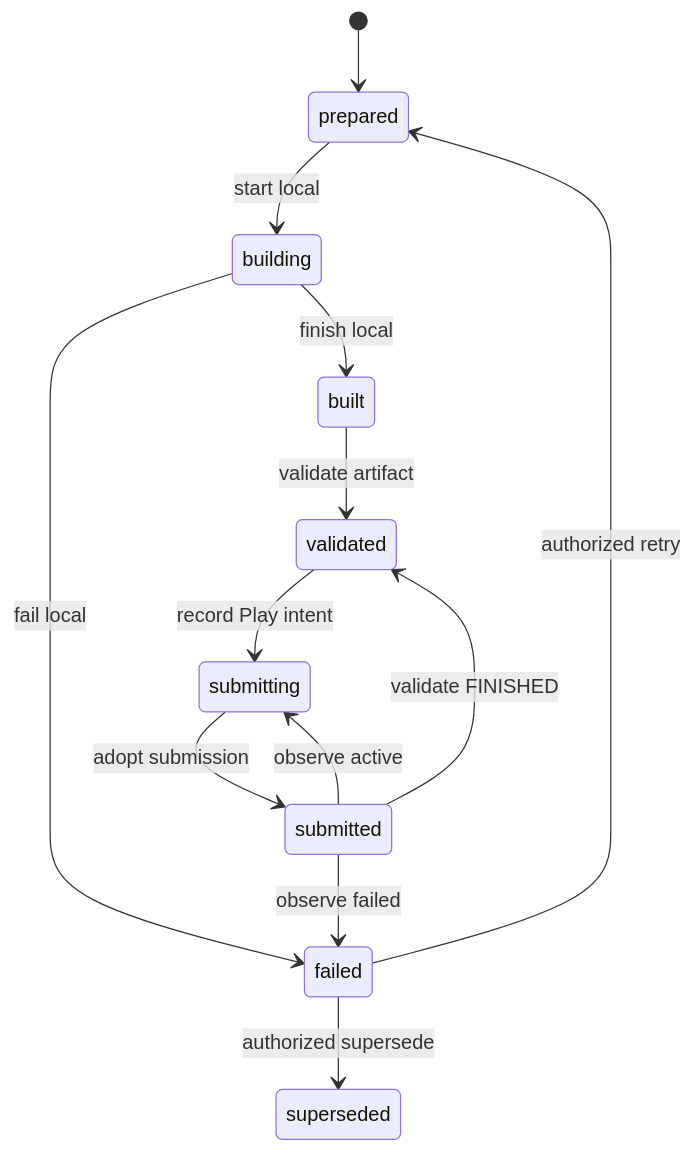
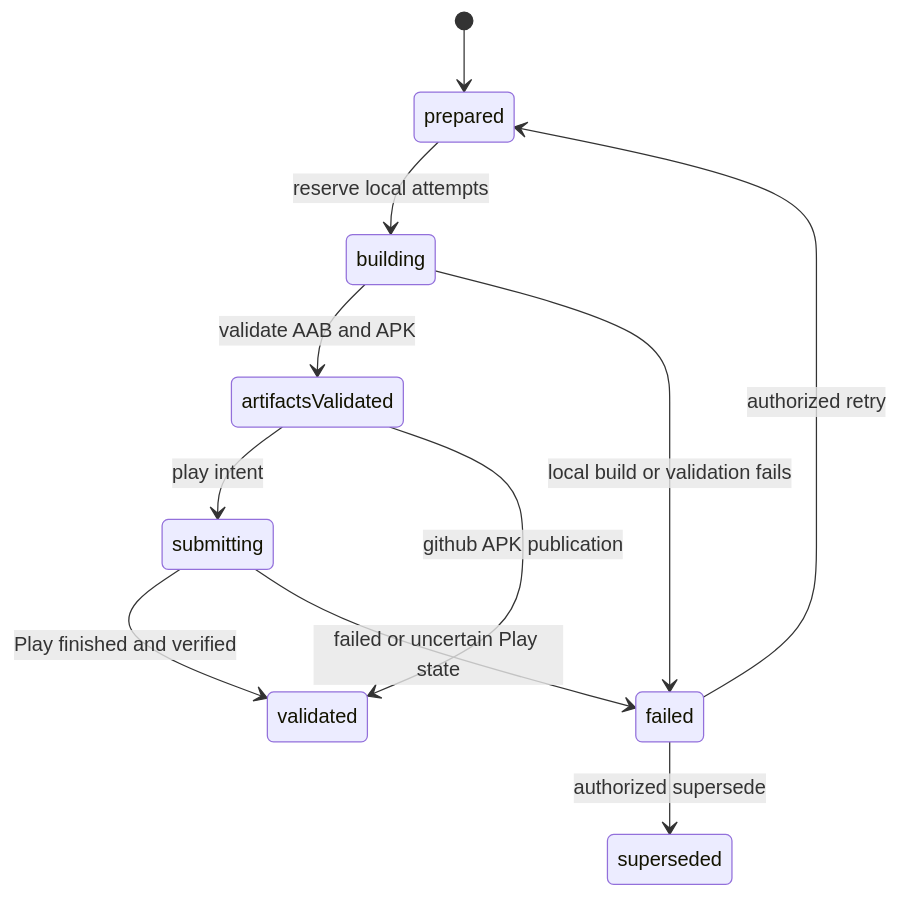
Before and after one commit to maximofn/gymnasia: the third of 3 diagrams in openwiki/integrations/vivagym-and-updates.md, drawn with Mermaid. The commit also changed other lines of this file and 16 other files, not shown here.

````diff
--- a/openwiki/integrations/vivagym-and-updates.md
+++ b/openwiki/integrations/vivagym-and-updates.md
@@ -173,15 +176,13 @@
 ```mermaid
 stateDiagram-v2
     [*] --> prepared
-    prepared --> building: start local
-    building --> built: finish local
-    building --> failed: fail local
-    built --> validated: validate artifact
-    validated --> submitting: record Play intent
-    submitting --> submitted: adopt submission
-    submitted --> submitting: observe active
-    submitted --> failed: observe failed
-    submitted --> validated: validate FINISHED
+    prepared --> building: reserve local attempts
+    building --> artifactsValidated: validate AAB and APK
+    building --> failed: local build or validation fails
+    artifactsValidated --> submitting: play intent
+    submitting --> validated: Play finished and verified
+    artifactsValidated --> validated: github APK publication
+    submitting --> failed: failed or uncertain Play state
     failed --> prepared: authorized retry
     failed --> superseded: authorized supersede
 ```
````
